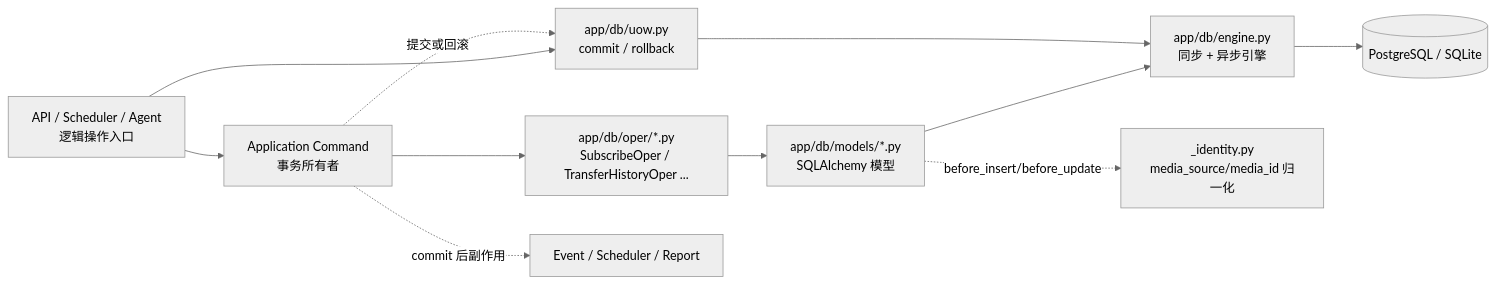
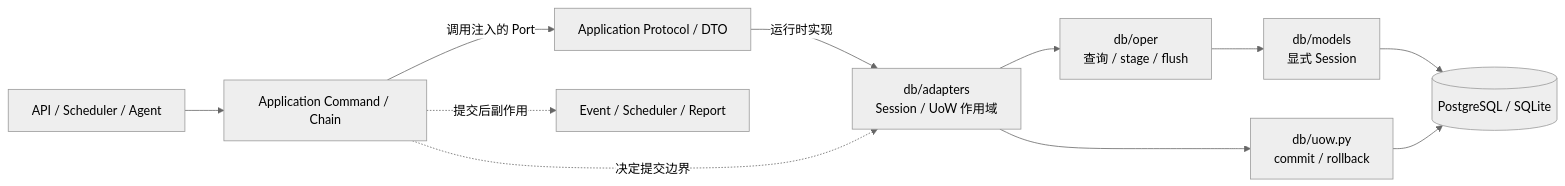
Before and after one commit to jxxghp/MoviePilot: the seventh of 14 diagrams in docs/architecture-overview.md, drawn with Mermaid (neutral theme). The commit also changed other lines of this file, not shown here.

Commit message:
docs: refresh backend architecture overview

````diff
--- a/docs/architecture-overview.md
+++ b/docs/architecture-overview.md
@@ -440,16 +453,13 @@
 ```mermaid
 flowchart LR
-    Entry["API / Scheduler / Agent<br/>逻辑操作入口"]
-    Command["Application Command<br/>事务所有者"]
-    UoW["app/db/uow.py<br/>commit / rollback"]
-    Oper["app/db/oper/*.py<br/>SubscribeOper / TransferHistoryOper ..."]
-    Models["app/db/models/*.py<br/>SQLAlchemy 模型"]
-    Engine["app/db/engine.py<br/>同步 + 异步引擎"]
-    DB[("PostgreSQL / SQLite")]
-
-    Entry --> Command --> Oper --> Models --> Engine --> DB
-    Entry --> UoW --> Engine
-    Command -.提交或回滚.-> UoW
-    Command -.commit 后副作用.-> Effects["Event / Scheduler / Report"]
-    Models -.before_insert/before_update.-> Norm["_identity.py<br/>media_source/media_id 归一化"]
+    Entry["API / Scheduler / Agent"] --> Command["Application Command / Chain"]
+    Command -->|调用注入的 Port| Port["Application Protocol / DTO"]
+    Port -->|运行时实现| Adapter["db/adapters<br/>Session / UoW 作用域"]
+    Adapter --> Oper["db/oper<br/>查询 / stage / flush"]
+    Oper --> Models["db/models<br/>显式 Session"]
+    Models --> DB[("PostgreSQL / SQLite")]
+    Command -.决定提交边界.-> Adapter
+    Adapter --> UoW["db/uow.py<br/>commit / rollback"]
+    UoW --> DB
+    Command -.提交后副作用.-> Effects["Event / Scheduler / Report"]
 ```
````
